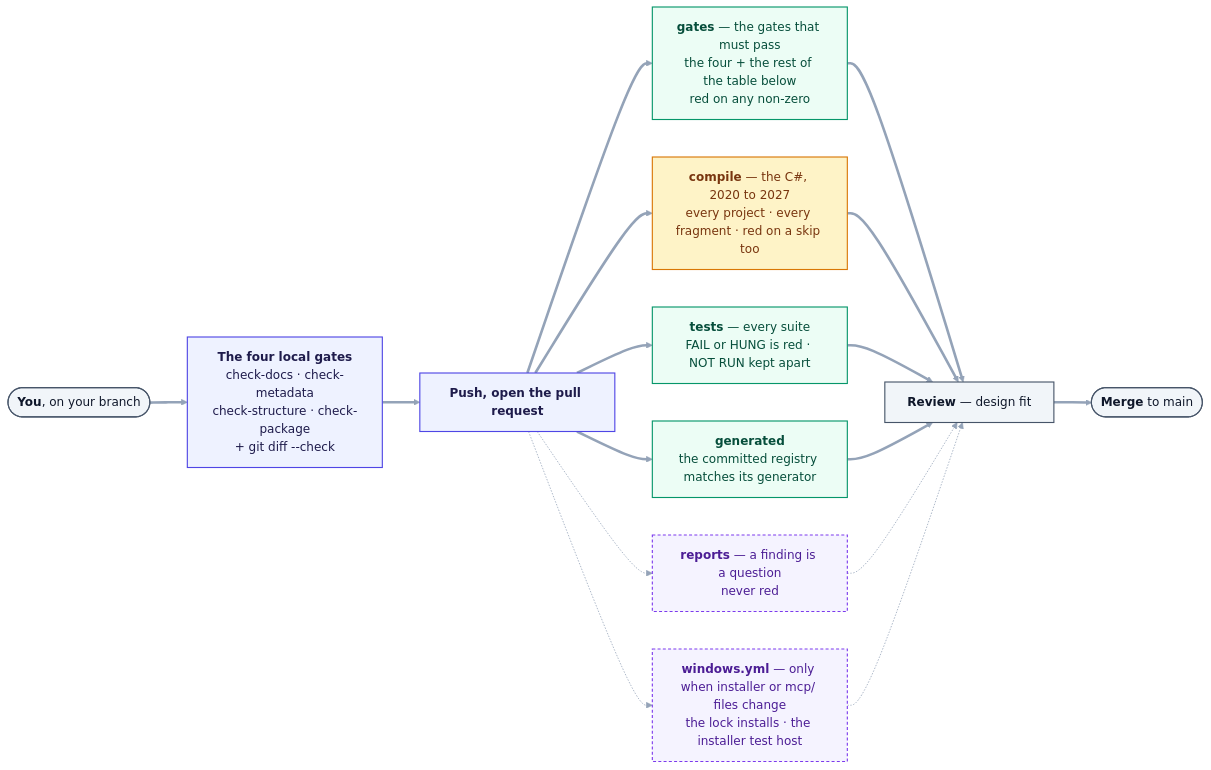
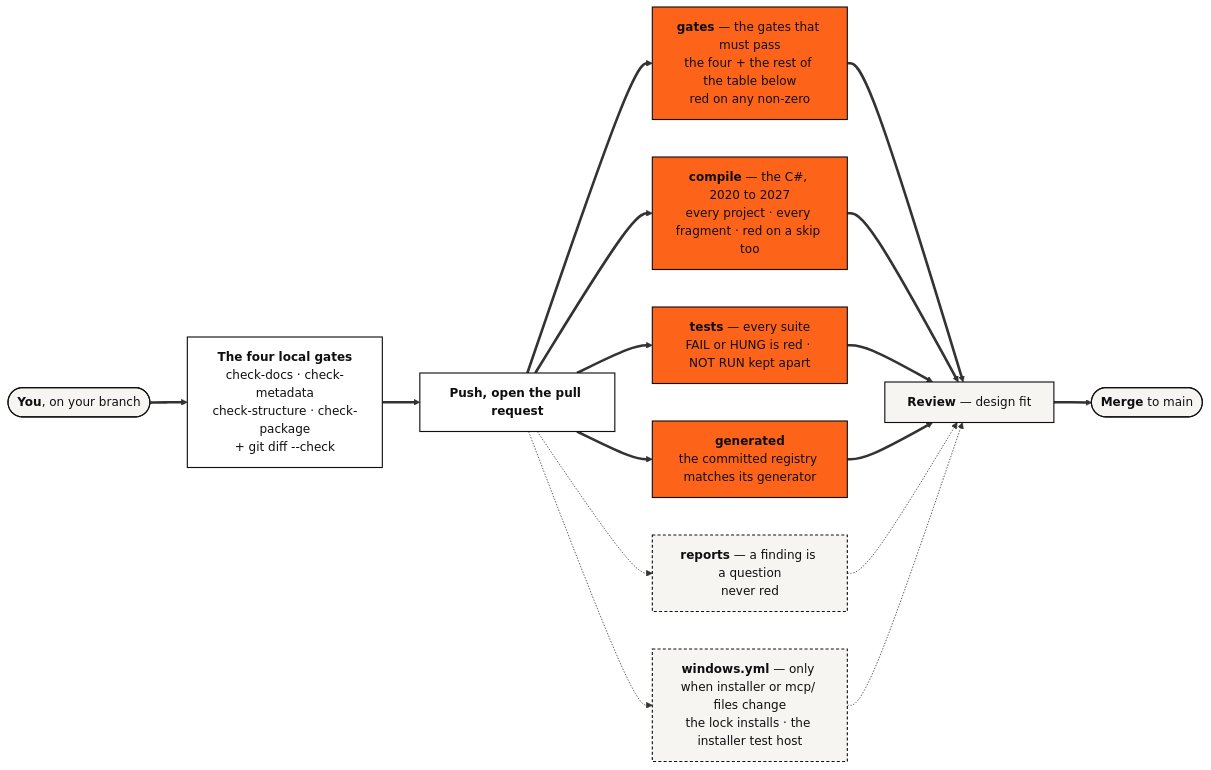
One commit to Ajmalpshaik/Heron-AI changed the diagram in CONTRIBUTING.md. Above: the diagram before and after it, drawn with Mermaid. The commit also changed 44 other files, not shown here.

First line of the commit message:
Diagrams in the other docs move to the brand palette (D-149, #1116)

````diff
--- a/CONTRIBUTING.md
+++ b/CONTRIBUTING.md
@@ -151,36 +151,35 @@
 ```mermaid
-%%{init: {"themeVariables": {"edgeLabelBackground":"#F1F5F9","lineColor":"#94A3B8","textColor":"#0F172A","tertiaryTextColor":"#0F172A"}}}%%
 flowchart LR
     YOU(["<b>You</b>, on your branch"])
     L4["<b>The four local gates</b><br/>check-docs · check-metadata<br/>check-structure · check-package<br/>+ git diff --check"]
     PR["<b>Push, open the pull request</b>"]
     G["<b>gates</b> — the gates that must pass<br/>the four + the rest of the table below<br/>red on any non-zero"]
     C["<b>compile</b> — the C#, 2020 to 2027<br/>every project · every fragment · red on a skip too"]
     T["<b>tests</b> — every suite<br/>FAIL or HUNG is red · NOT RUN kept apart"]
     GEN["<b>generated</b><br/>the committed registry matches its generator"]
     REP["<b>reports</b> — a finding is a question<br/>never red"]
     WIN["<b>windows.yml</b> — only when installer or mcp/ files change<br/>the lock installs · the installer test host"]
     REV["<b>Review</b> — design fit"]
     M(["<b>Merge</b> to main"])
 
     YOU ==> L4 ==> PR
     PR ==> G & C & T & GEN
     PR -.-> REP
     PR -.-> WIN
     G & C & T & GEN ==> REV
     REP -.-> REV
     WIN -.-> REV
     REV ==> M
 
-    classDef user fill:#F1F5F9,stroke:#475569,stroke-width:1.5px,color:#0F172A
-    classDef host fill:#EEF2FF,stroke:#4F46E5,stroke-width:1.5px,color:#1E1B4B
-    classDef brain fill:#ECFDF5,stroke:#059669,stroke-width:1.5px,color:#064E3B
-    classDef addin fill:#FEF3C7,stroke:#D97706,stroke-width:1.5px,color:#78350F
-    classDef plat fill:#F5F3FF,stroke:#7C3AED,stroke-width:1.5px,color:#4C1D95,stroke-dasharray:4 3
+    classDef user fill:#F7F5F2,stroke:#0F0F10,stroke-width:1.5px,color:#0F0F10
+    classDef host fill:#FFFFFF,stroke:#0F0F10,stroke-width:1.5px,color:#0F0F10
+    classDef brain fill:#FD641A,stroke:#0F0F10,stroke-width:1.5px,color:#0F0F10
+    classDef addin fill:#FD641A,stroke:#0F0F10,stroke-width:1.5px,color:#0F0F10
+    classDef plat fill:#F7F5F2,stroke:#0F0F10,stroke-width:1.5px,color:#0F0F10,stroke-dasharray:4 3
     class YOU,M user
     class L4,PR host
     class G,T,GEN brain
     class C addin
     class REP,WIN plat
     class REV user
 ```
````
